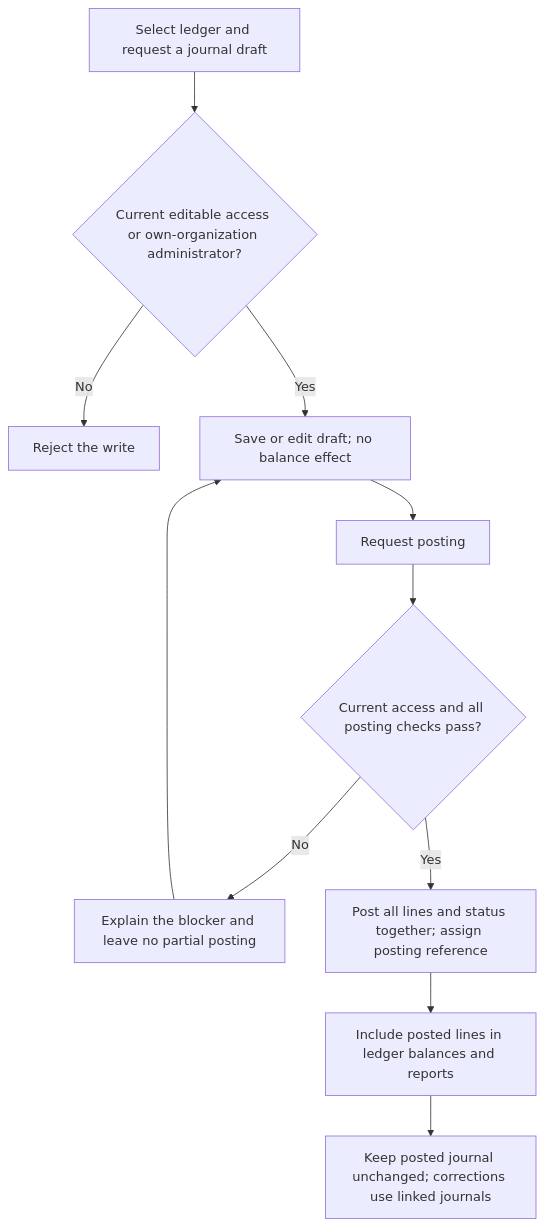
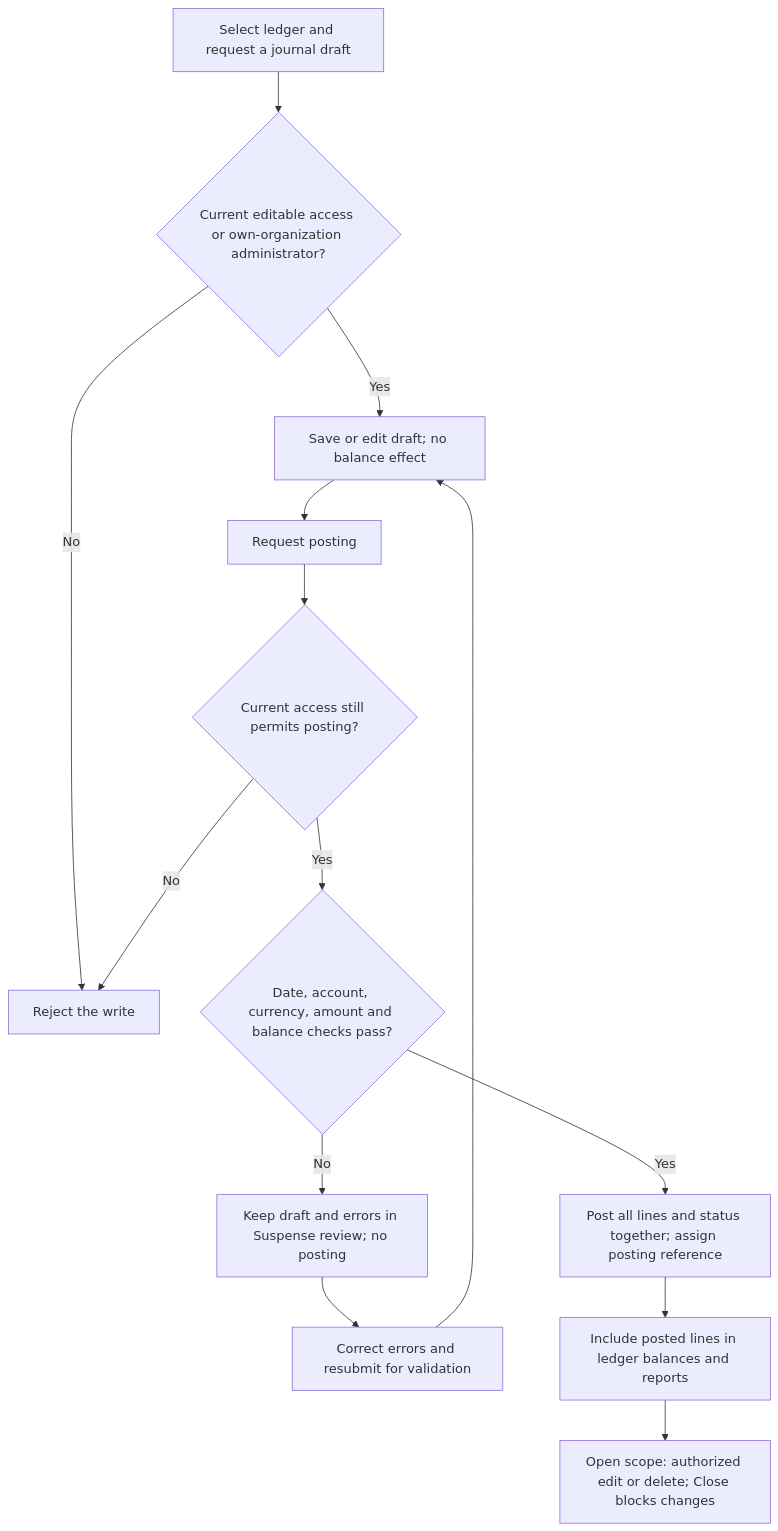
Diagram 12 of 16 in docs/11-workflows.md (Qifei-L/Books), drawn with Mermaid before and after one commit. The commit also changed other lines of this file and 5 other files, not shown here.

Commit message:
docs: confirm journal Close controls numbering and Suspense outcomes

````diff
--- a/docs/11-workflows.md
+++ b/docs/11-workflows.md
@@ -361,13 +361,16 @@
 ```mermaid
 flowchart TD
     A["Select ledger and request a journal draft"] --> B{"Current editable access or own-organization administrator?"}
     B -->|No| C["Reject the write"]
     B -->|Yes| D["Save or edit draft; no balance effect"]
     D --> E["Request posting"]
-    E --> F{"Current access and all posting checks pass?"}
-    F -->|No| G["Explain the blocker and leave no partial posting"]
-    G --> D
+    E --> P{"Current access still permits posting?"}
+    P -->|No| C
+    P -->|Yes| F{"Date, account, currency, amount and balance checks pass?"}
+    F -->|No| G["Keep draft and errors in Suspense review; no posting"]
+    G --> K["Correct errors and resubmit for validation"]
+    K --> D
     F -->|Yes| H["Post all lines and status together; assign posting reference"]
     H --> I["Include posted lines in ledger balances and reports"]
-    I --> J["Keep posted journal unchanged; corrections use linked journals"]
+    I --> J["Open scope: authorized edit or delete; Close blocks changes"]
 ```
````
